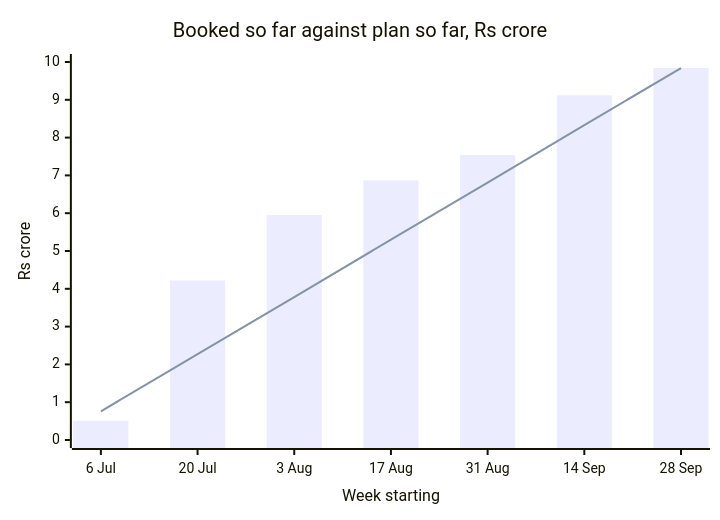
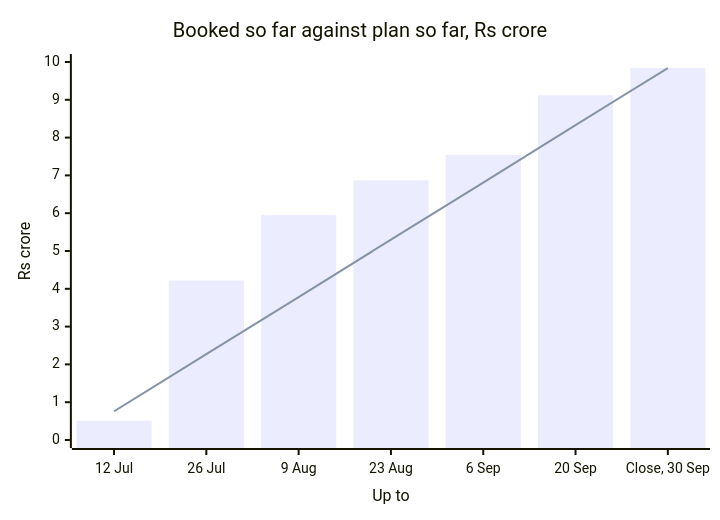
Before and after one commit to fde-academy-lab/c2-content-factory: the third of 5 diagrams in content/W02/SAT/paper/C2_W02_SAT_recap_paper_STUDENT.md, drawn with Mermaid. The commit also changed other lines of this file and 8 other files, not shown here.

````diff
--- a/content/W02/SAT/paper/C2_W02_SAT_recap_paper_STUDENT.md
+++ b/content/W02/SAT/paper/C2_W02_SAT_recap_paper_STUDENT.md
@@ -319,8 +324,8 @@
 ```mermaid
 xychart-beta
   title "Booked so far against plan so far, Rs crore"
-  x-axis "Week starting" ["6 Jul", "20 Jul", "3 Aug", "17 Aug", "31 Aug", "14 Sep", "28 Sep"]
+  x-axis "Up to" ["12 Jul", "26 Jul", "9 Aug", "23 Aug", "6 Sep", "20 Sep", "Close, 30 Sep"]
   y-axis "Rs crore" 0 --> 10
   bar [0.51, 4.22, 5.95, 6.87, 7.54, 9.12, 9.84]
   line [0.76, 2.27, 3.78, 5.30, 6.81, 8.33, 9.84]
 ```
````
